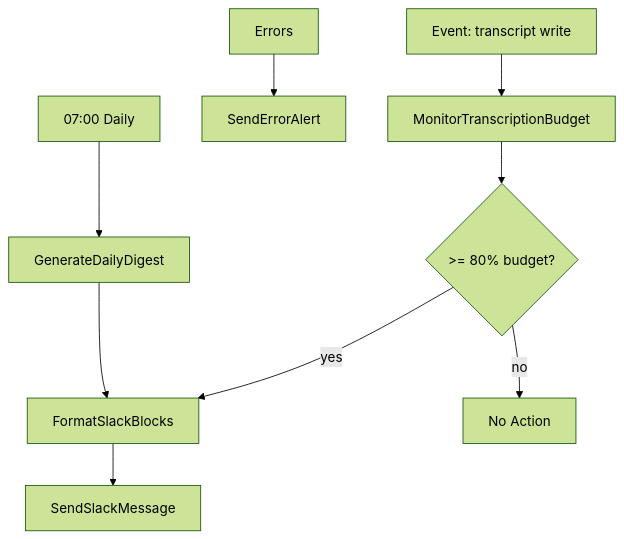
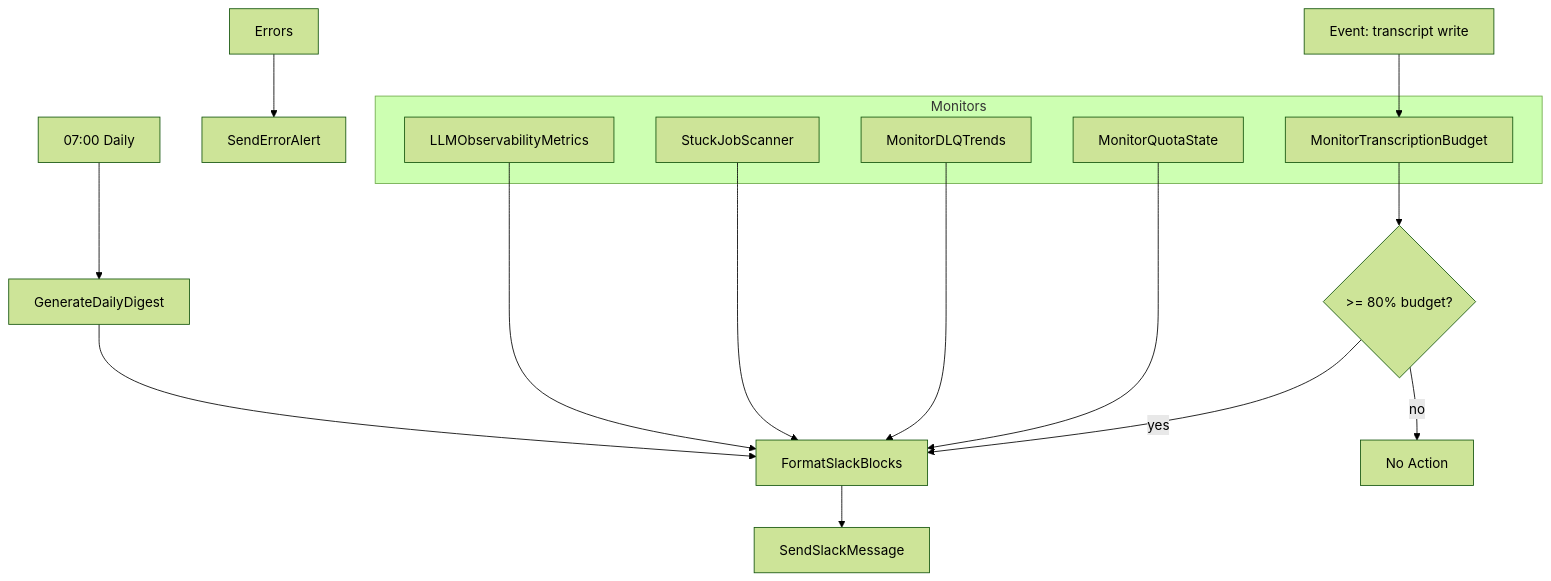
One commit to raynmakers/autopiloot-agents changed the diagram in autopiloot/docs/charts/observability_agent.md. Above: the diagram before and after it, drawn with Mermaid (forest theme). The commit also changed 39 other files, not shown here.

````diff
--- a/autopiloot/docs/charts/observability_agent.md
+++ b/autopiloot/docs/charts/observability_agent.md
@@ -3,11 +3,25 @@
 ```mermaid
 flowchart TD
-  A["Event: transcript write"] --> B["MonitorTranscriptionBudget"]
+  subgraph Monitors
+    B[MonitorTranscriptionBudget]
+    Q[MonitorQuotaState]
+    M[MonitorDLQTrends]
+    S[StuckJobScanner]
+    L[LLMObservabilityMetrics]
+  end
+
+  A["Event: transcript write"] --> B
   B --> C{"&gt;= 80% budget?"}
-  C -- yes --> D["FormatSlackBlocks"]
-  D --> E["SendSlackMessage"]
-  C -- no --> F["No Action"]
-  G["Errors"] --> H["SendErrorAlert"]
-  I["07:00 Daily"] --> J["GenerateDailyDigest"]
+  C -- yes --> D[FormatSlackBlocks]
+  D --> E[SendSlackMessage]
+  C -- no --> F[No Action]
+
+  Q --> D
+  M --> D
+  S --> D
+  L --> D
+
+  G[Errors] --> H[SendErrorAlert]
+  I["07:00 Daily"] --> J[GenerateDailyDigest]
   J --> D
 ```
````
